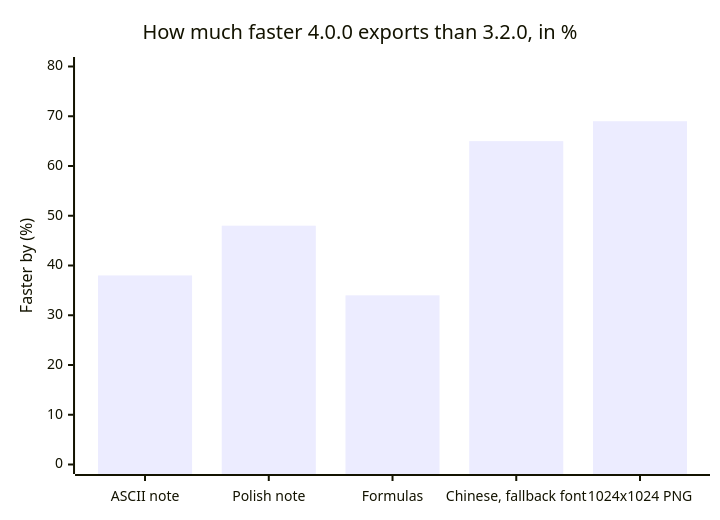
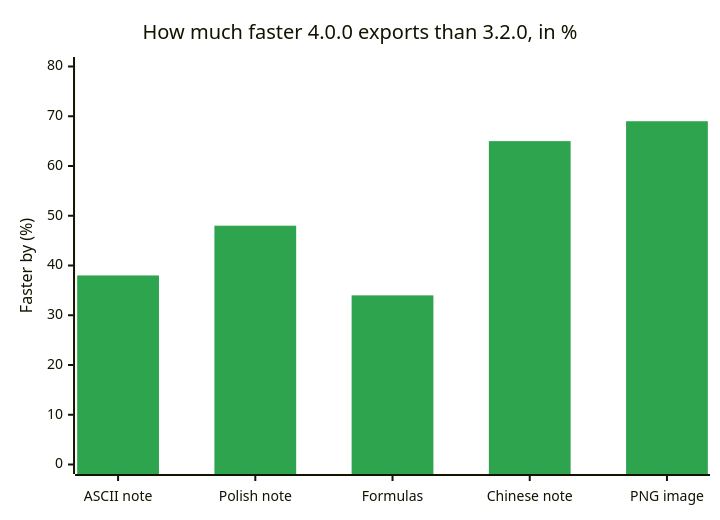
Before and after one commit to Butterski/rayomd: the first of 2 diagrams in README.md, drawn with Mermaid.

Commit message:
Make the README speed-up chart readable
Shorter x-axis labels, which overlapped, and bars in the badges' green
instead of Mermaid's pale default.

````diff
--- a/README.md
+++ b/README.md
@@ -153,7 +153,8 @@
 ```mermaid
+%%{init: {"themeVariables": {"xyChart": {"plotColorPalette": "#2ea44f"}}}}%%
 xychart-beta
     title "How much faster 4.0.0 exports than 3.2.0, in %"
-    x-axis ["ASCII note", "Polish note", "Formulas", "Chinese, fallback font", "1024x1024 PNG"]
+    x-axis ["ASCII note", "Polish note", "Formulas", "Chinese note", "PNG image"]
     y-axis "Faster by (%)" 0 --> 80
     bar [38, 48, 34, 65, 69]
 ```
````
